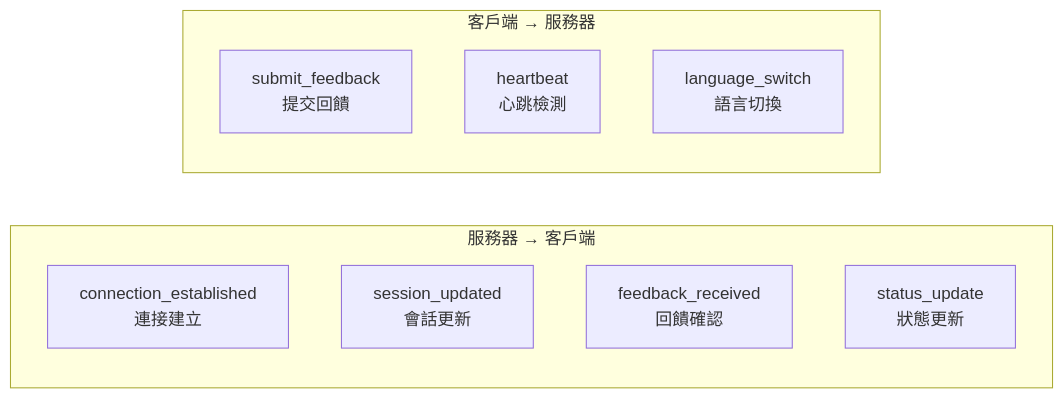
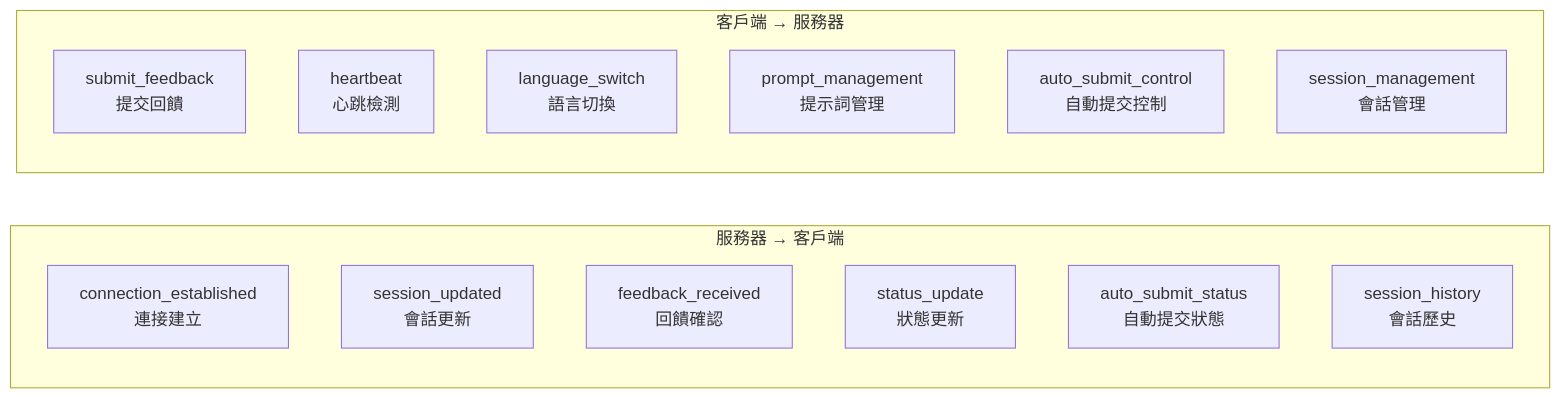
Before and after one commit to zetxtech/mcp-feedback-enhanced: the ninth of 10 diagrams in docs/architecture/interaction-flows.md, drawn with Mermaid. The commit also changed other lines of this file and 4 other files, not shown here.

````diff
--- a/docs/architecture/interaction-flows.md
+++ b/docs/architecture/interaction-flows.md
@@ -480,15 +601,20 @@
 ```mermaid
 graph LR
     subgraph "服務器 → 客戶端"
         CE[connection_established<br/>連接建立]
         SU[session_updated<br/>會話更新]
         FR[feedback_received<br/>回饋確認]
         ST[status_update<br/>狀態更新]
+        ASS[auto_submit_status<br/>自動提交狀態]
+        SH[session_history<br/>會話歷史]
     end
 
     subgraph "客戶端 → 服務器"
         SF[submit_feedback<br/>提交回饋]
         HB[heartbeat<br/>心跳檢測]
         LS[language_switch<br/>語言切換]
+        PM[prompt_management<br/>提示詞管理]
+        ASC[auto_submit_control<br/>自動提交控制]
+        SM[session_management<br/>會話管理]
     end
 ```
````
